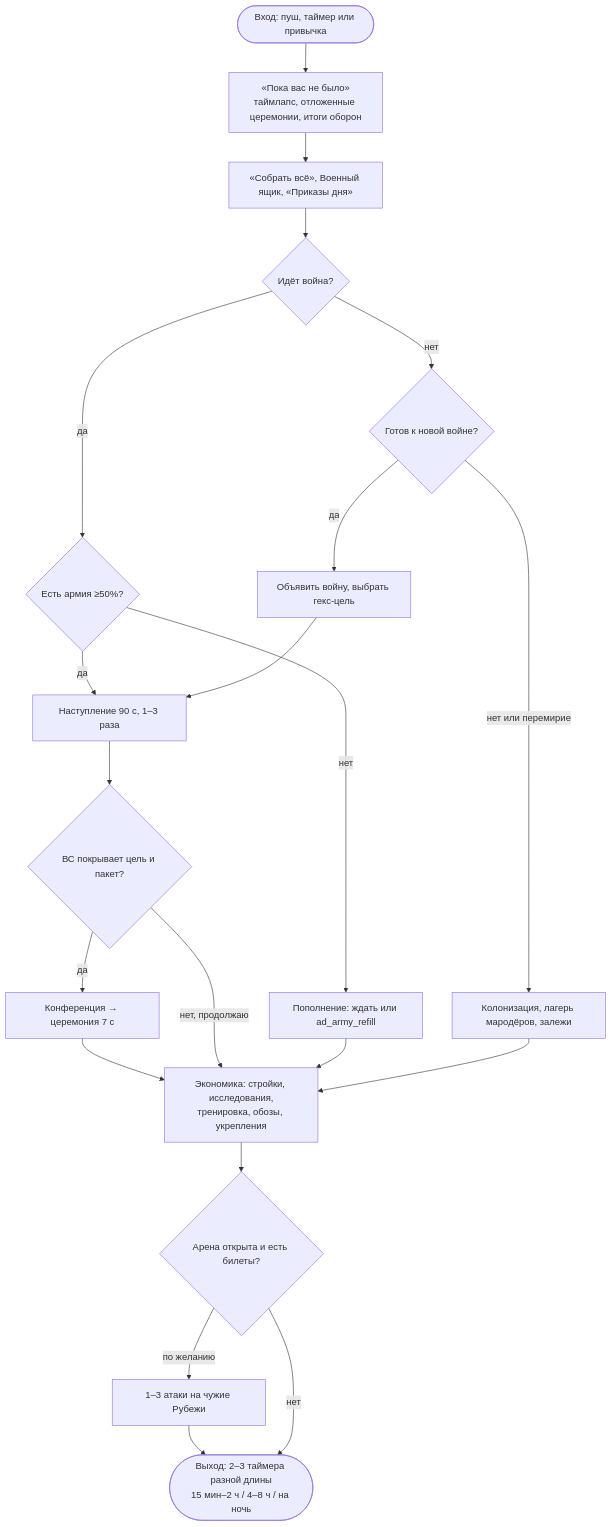
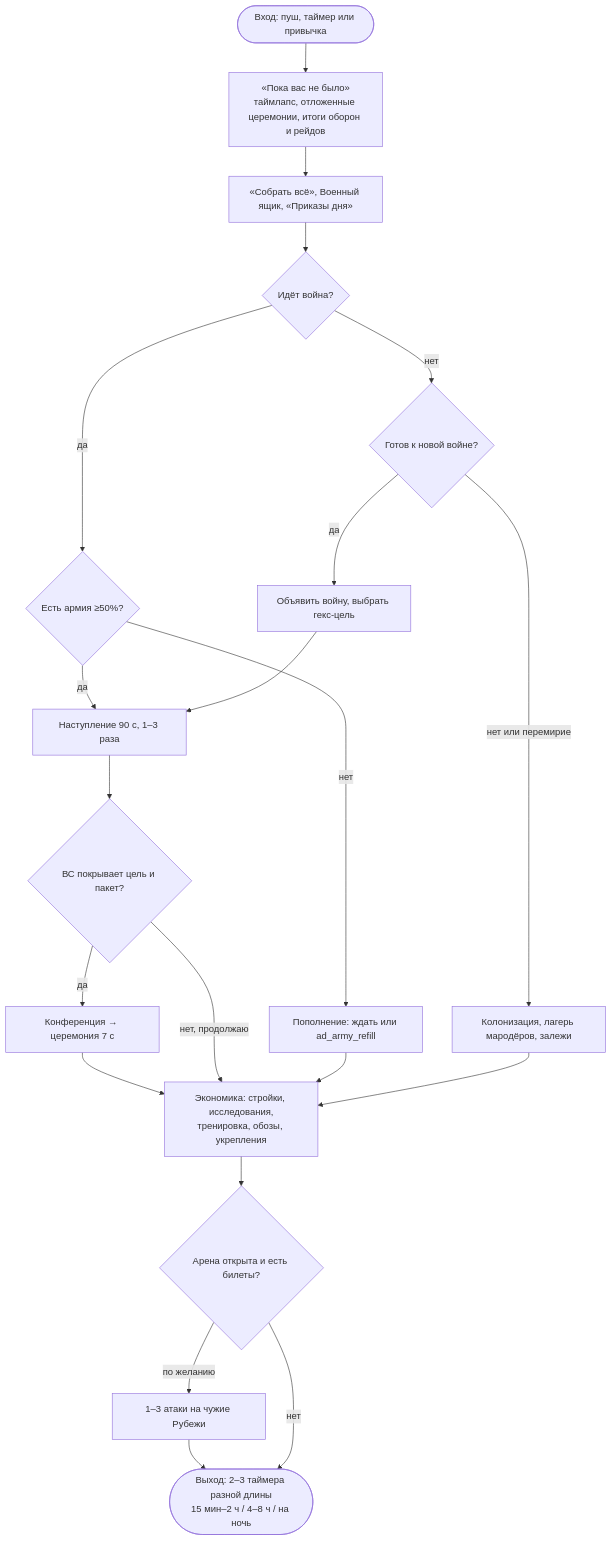
One commit to kaboomenko/Raivon changed the third of 10 diagrams in docs/gdd/01_vision_core_loop.md. Above: the diagram before and after it, drawn with Mermaid. The commit also changed other lines of this file and 12 other files, not shown here.

````diff
--- a/docs/gdd/01_vision_core_loop.md
+++ b/docs/gdd/01_vision_core_loop.md
@@ -431,22 +443,22 @@
 ```mermaid
 flowchart TD
-    S(["Вход: пуш, таймер или привычка"]) --> W["«Пока вас не было»<br/>таймлапс, отложенные церемонии, итоги оборон"]
+    S(["Вход: пуш, таймер или привычка"]) --> W["«Пока вас не было»<br/>таймлапс, отложенные церемонии, итоги оборон и рейдов"]
     W --> C["«Собрать всё», Военный ящик, «Приказы дня»"]
     C --> Q{"Идёт война?"}
     Q -->|"да"| R{"Есть армия ≥50%?"}
     R -->|"да"| O["Наступление 90 с, 1–3 раза"]
     R -->|"нет"| RF["Пополнение: ждать или ad_army_refill"]
     O --> P{"ВС покрывает цель и пакет?"}
     P -->|"да"| PC["Конференция → церемония 7 с"]
     Q -->|"нет"| T{"Готов к новой войне?"}
     T -->|"да"| DW["Объявить войну, выбрать гекс-цель"] --> O
     T -->|"нет или перемирие"| G["Колонизация, лагерь мародёров, залежи"]
     PC --> EC["Экономика: стройки, исследования,<br/>тренировка, обозы, укрепления"]
     P -->|"нет, продолжаю"| EC
     RF --> EC
     G --> EC
     EC --> A{"Арена открыта и есть билеты?"}
     A -->|"по желанию"| AR["1–3 атаки на чужие Рубежи"]
     AR --> X(["Выход: 2–3 таймера разной длины<br/>15 мин–2 ч / 4–8 ч / на ночь"])
     A -->|"нет"| X
 ```
````
